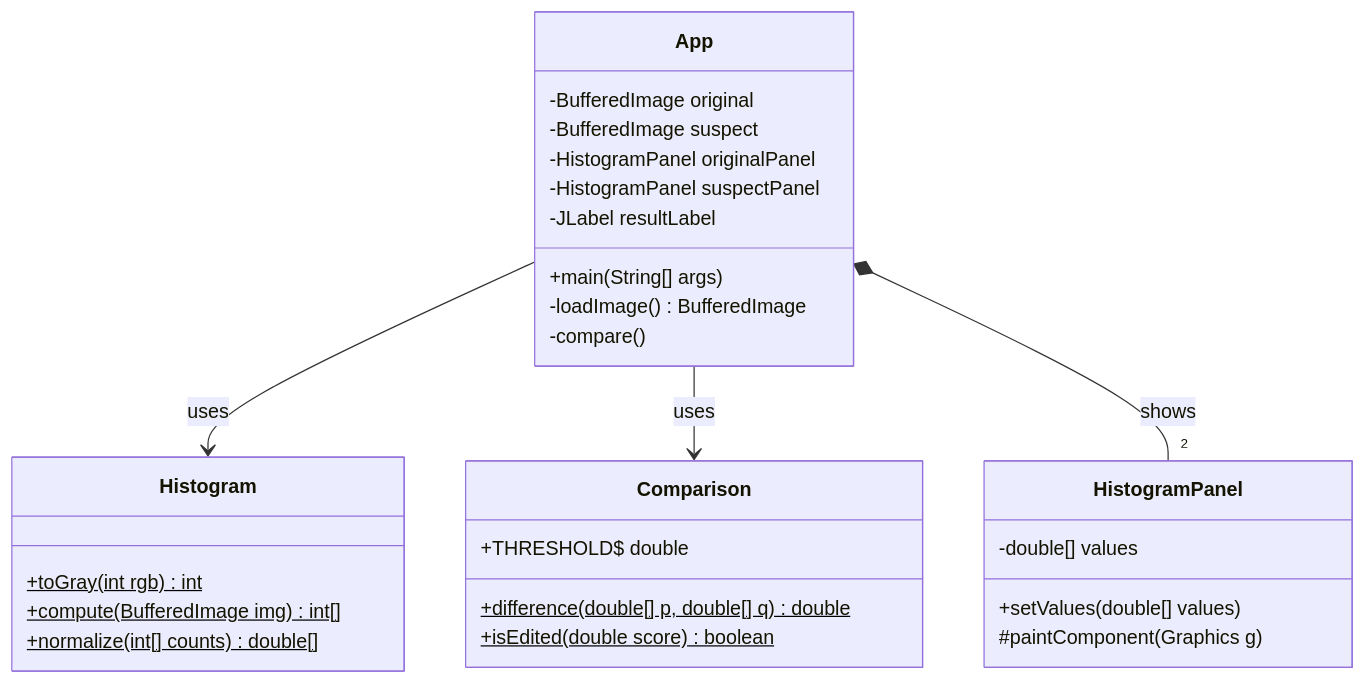
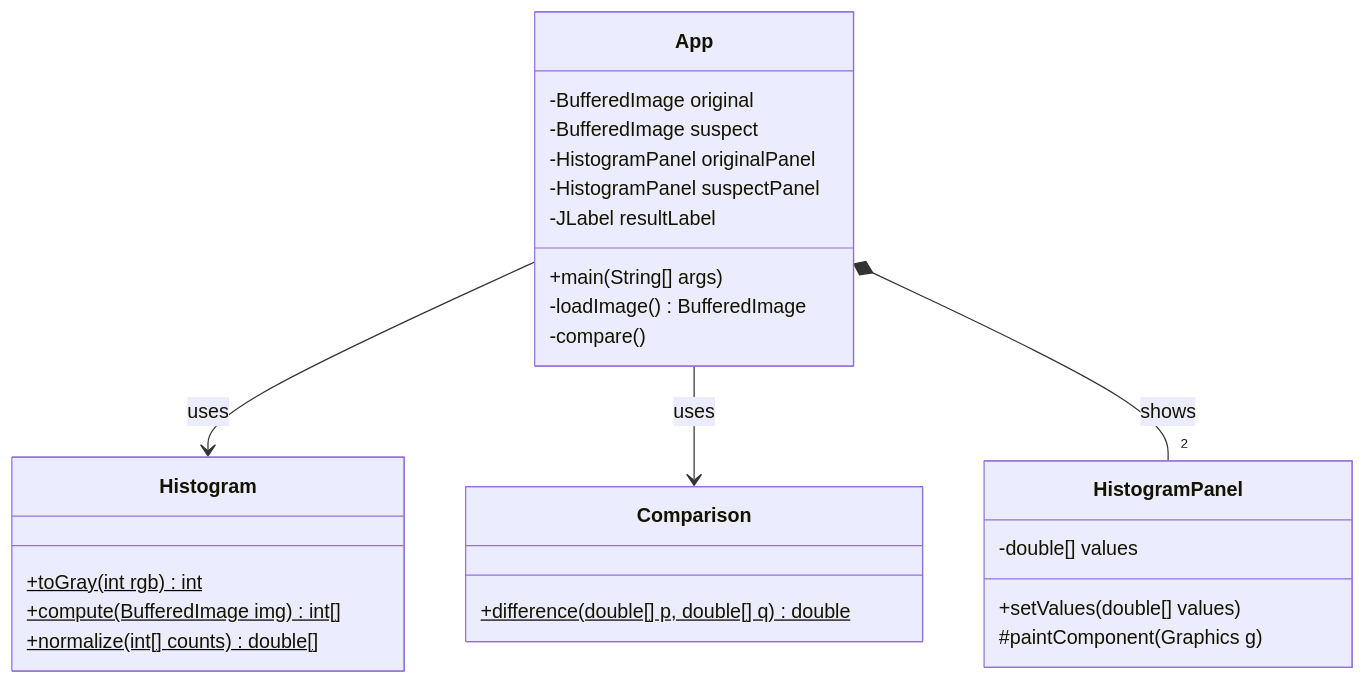
One commit to satvikp-coder/CSC360-Group2 changed the second of 5 diagrams in docs/ARCHITECTURE.md. Above: the diagram before and after it, drawn with Mermaid. The commit also changed other lines of this file and 2 other files, not shown here.

First line of the commit message:
docs: remove verdict/threshold claims from ARCHITECTURE.md (#17)

````diff
--- a/docs/ARCHITECTURE.md
+++ b/docs/ARCHITECTURE.md
@@ -62,31 +60,29 @@
 ```mermaid
 classDiagram
     class App {
         -BufferedImage original
         -BufferedImage suspect
         -HistogramPanel originalPanel
         -HistogramPanel suspectPanel
         -JLabel resultLabel
         +main(String[] args)
         -loadImage() BufferedImage
         -compare()
     }
     class Histogram {
         +toGray(int rgb)$ int
         +compute(BufferedImage img)$ int[]
         +normalize(int[] counts)$ double[]
     }
     class Comparison {
-        +THRESHOLD$ double
         +difference(double[] p, double[] q)$ double
-        +isEdited(double score)$ boolean
     }
     class HistogramPanel {
         -double[] values
         +setValues(double[] values)
         #paintComponent(Graphics g)
     }
     App --> Histogram : uses
     App --> Comparison : uses
     App *-- "2" HistogramPanel : shows
 ```
````
